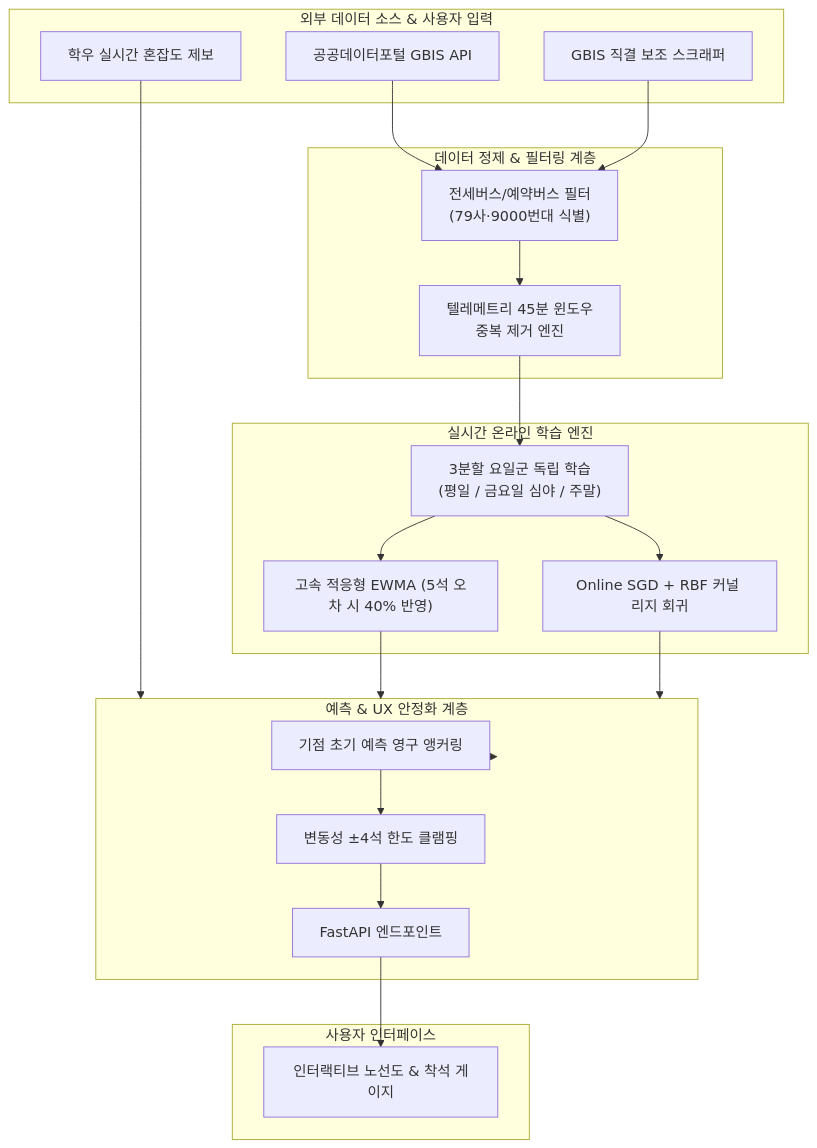
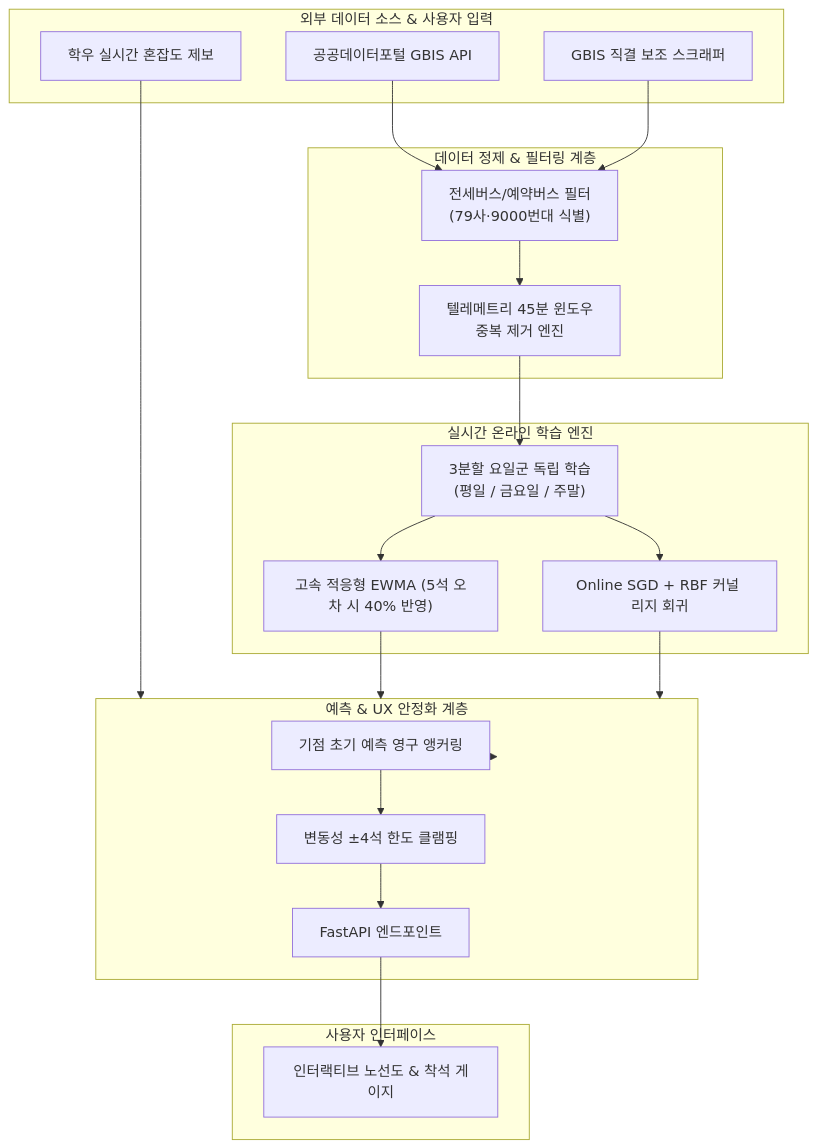
Before and after one commit to kdw123654/7790_bus_service: the diagram in README.md, drawn with Mermaid.

````diff
--- a/README.md
+++ b/README.md
@@ -27,45 +27,45 @@
 ```mermaid
 flowchart TD
     subgraph DataSources["외부 데이터 소스 & 사용자 입력"]
         GBIS["공공데이터포털 GBIS API"]
         SCRAPE["GBIS 직결 보조 스크래퍼"]
         CROWD["학우 실시간 혼잡도 제보"]
     end
 
     subgraph Ingestion["데이터 정제 & 필터링 계층"]
         FILTER["전세버스/예약버스 필터<br>(79사·9000번대 식별)"]
         DEDUP["텔레메트리 45분 윈도우<br>중복 제거 엔진"]
     end
 
     subgraph MLOps["실시간 온라인 학습 엔진"]
-        ONLINE["3분할 요일군 독립 학습<br>(평일 / 금요일 심야 / 주말)"]
+        ONLINE["3분할 요일군 독립 학습<br>(평일 / 금요일  / 주말)"]
         EWMA["고속 적응형 EWMA (5석 오차 시 40% 반영)"]
         SGD["Online SGD + RBF 커널 리지 회귀"]
     end
 
     subgraph Serving["예측 & UX 안정화 계층"]
         ANCHOR["기점 초기 예측 영구 앵커링"]
         DAMPING["변동성 ±4석 한도 클램핑"]
         API["FastAPI 엔드포인트"]
     end
 
     subgraph Client["사용자 인터페이스"]
         UI["인터랙티브 노선도 & 착석 게이지"]
     end
 
     GBIS --> FILTER
     SCRAPE --> FILTER
     FILTER --> DEDUP
     CROWD --> Serving
 
     DEDUP --> ONLINE
     ONLINE --> EWMA
     ONLINE --> SGD
 
     EWMA --> Serving
     SGD --> Serving
     Serving --> ANCHOR
     ANCHOR --> DAMPING
     DAMPING --> API
     API --> UI
 ```
````
